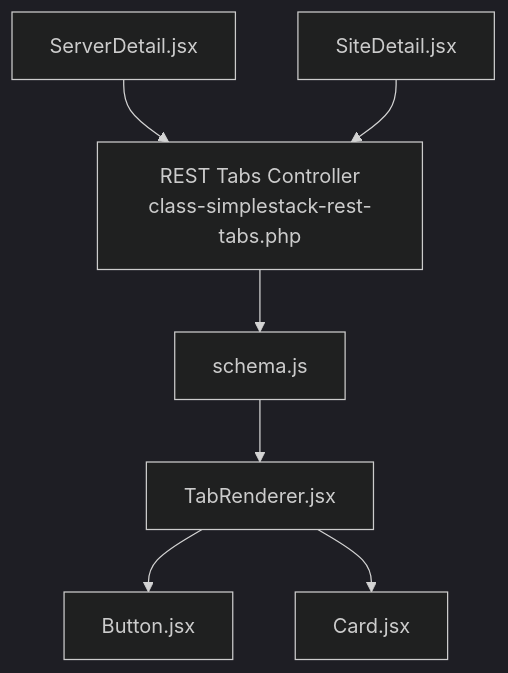
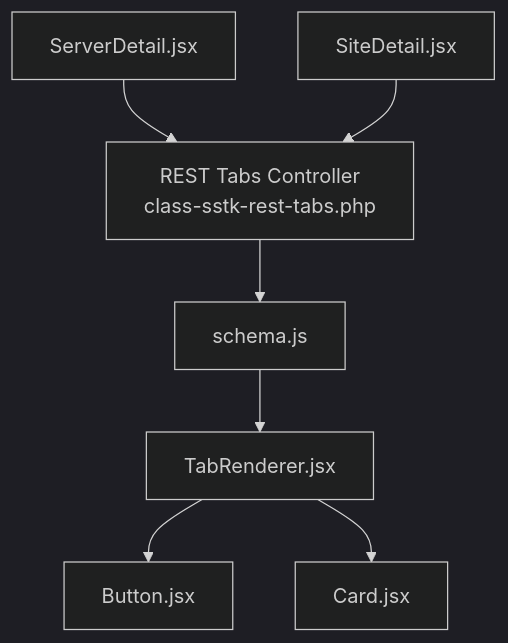
The first of 5 diagrams in .qoder/repowiki/en/content/React Admin Interface/UI Components Library/TabRenderer Component.md (onedogsolutions/simple-stack), drawn with Mermaid (dark theme) before and after one commit. The commit also changed other lines of this file and 5941 other files, not shown here.

````diff
--- a/.qoder/repowiki/en/content/React Admin Interface/UI Components Library/TabRenderer Component.md
+++ b/.qoder/repowiki/en/content/React Admin Interface/UI Components Library/TabRenderer Component.md
@@ -39,9 +39,9 @@
 ```mermaid
 graph TB
-ServerRoute["ServerDetail.jsx"] --> API["REST Tabs Controller<br/>class-simplestack-rest-tabs.php"]
+ServerRoute["ServerDetail.jsx"] --> API["REST Tabs Controller<br/>class-sstk-rest-tabs.php"]
 SiteRoute["SiteDetail.jsx"] --> API
 API --> SchemaJS["schema.js"]
 SchemaJS --> TabRenderer["TabRenderer.jsx"]
 TabRenderer --> Button["Button.jsx"]
 TabRenderer --> Card["Card.jsx"]
 ```
````
